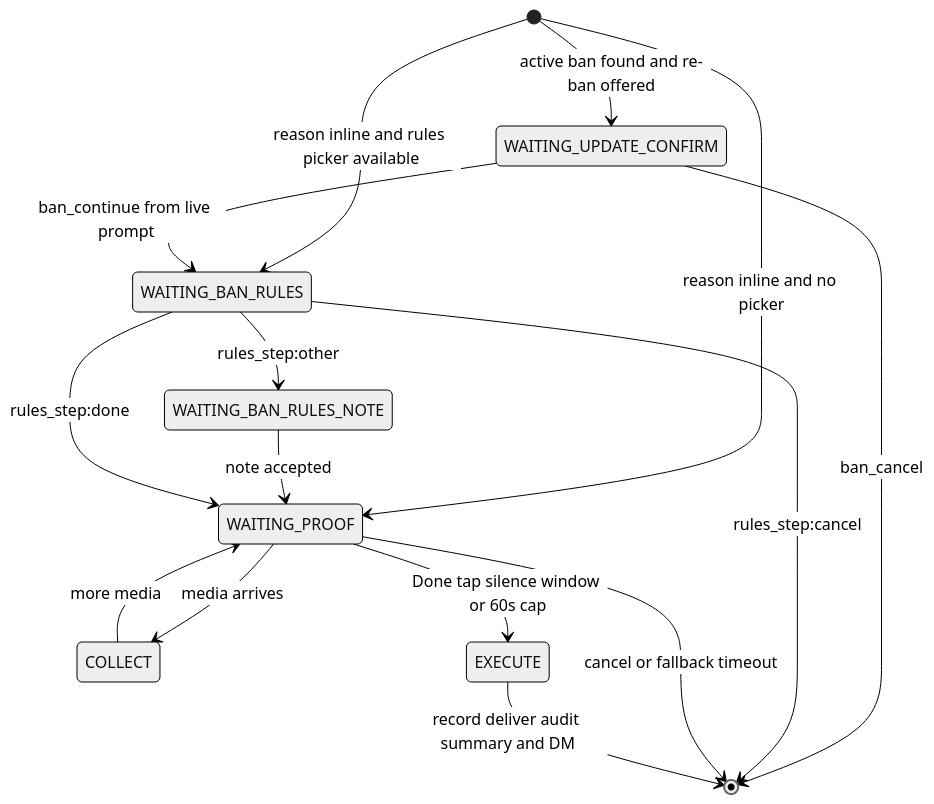
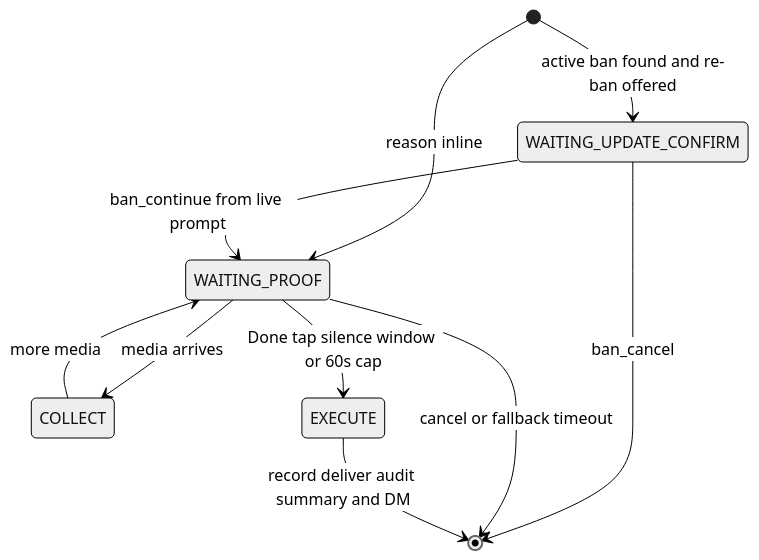
Before and after one commit to D1ZZY4/tcbot: the first of 6 diagrams in docs/flows/banning.md, drawn with Mermaid (neutral theme). The commit also changed other lines of this file and 62 other files, not shown here.

````diff
--- a/docs/flows/banning.md
+++ b/docs/flows/banning.md
@@ -46,17 +46,12 @@
 ```mermaid
 stateDiagram-v2
     [*] --> WAITING_UPDATE_CONFIRM: active ban found and re-ban offered
-    [*] --> WAITING_BAN_RULES: reason inline and rules picker available
-    [*] --> WAITING_PROOF: reason inline and no picker
-    WAITING_UPDATE_CONFIRM --> WAITING_BAN_RULES: ban_continue from live prompt
+    [*] --> WAITING_PROOF: reason inline
+    WAITING_UPDATE_CONFIRM --> WAITING_PROOF: ban_continue from live prompt
     WAITING_UPDATE_CONFIRM --> [*]: ban_cancel
-    WAITING_BAN_RULES --> WAITING_BAN_RULES_NOTE: rules_step:other
-    WAITING_BAN_RULES_NOTE --> WAITING_PROOF: note accepted
-    WAITING_BAN_RULES --> WAITING_PROOF: rules_step:done
-    WAITING_BAN_RULES --> [*]: rules_step:cancel
     WAITING_PROOF --> COLLECT: media arrives
     COLLECT --> WAITING_PROOF: more media
     WAITING_PROOF --> EXECUTE: Done tap silence window or 60s cap
     WAITING_PROOF --> [*]: cancel or fallback timeout
     EXECUTE --> [*]: record deliver audit summary and DM
 ```
````
